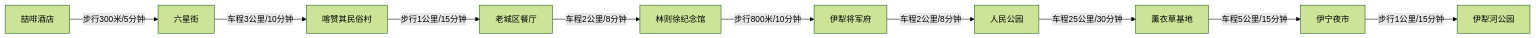
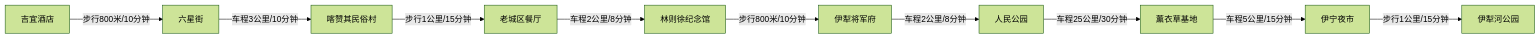
Before and after one commit to ming-xwolf/traveler: the third of 3 diagrams in 新疆伊犁旅游攻略/2025-07-02-第六天.md, drawn with Mermaid (forest theme). The commit also changed other lines of this file and 8 other files, not shown here.

````diff
--- a/新疆伊犁旅游攻略/2025-07-02-第六天.md
+++ b/新疆伊犁旅游攻略/2025-07-02-第六天.md
@@ -156,12 +156,12 @@
 ```mermaid
 graph LR
-    A[喆啡酒店] -->|步行300米/5分钟| B[六星街]
+    A[吉宜酒店] -->|步行800米/10分钟| B[六星街]
     B -->|车程3公里/10分钟| C[喀赞其民俗村]
     C -->|步行1公里/15分钟| D[老城区餐厅]
     D -->|车程2公里/8分钟| E[林则徐纪念馆]
     E -->|步行800米/10分钟| F[伊犁将军府]
     F -->|车程2公里/8分钟| G[人民公园]
     G -->|车程25公里/30分钟| H[薰衣草基地]
     H -->|车程5公里/15分钟| I[伊宁夜市]
     I -->|步行1公里/15分钟| J[伊犁河公园]
 ```
````
